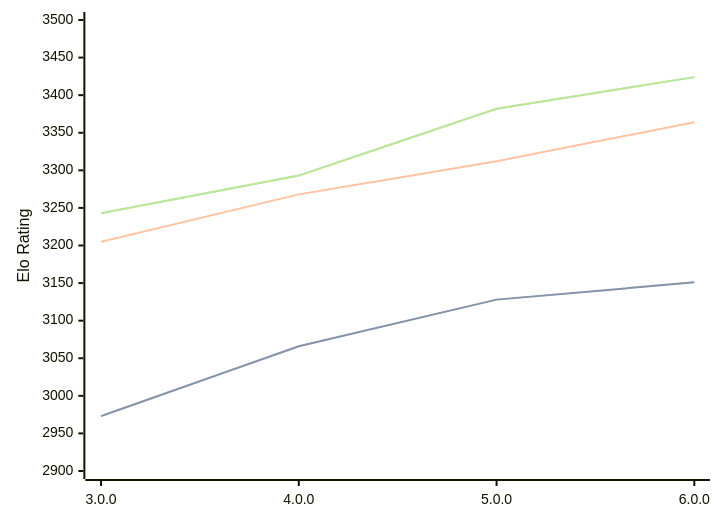
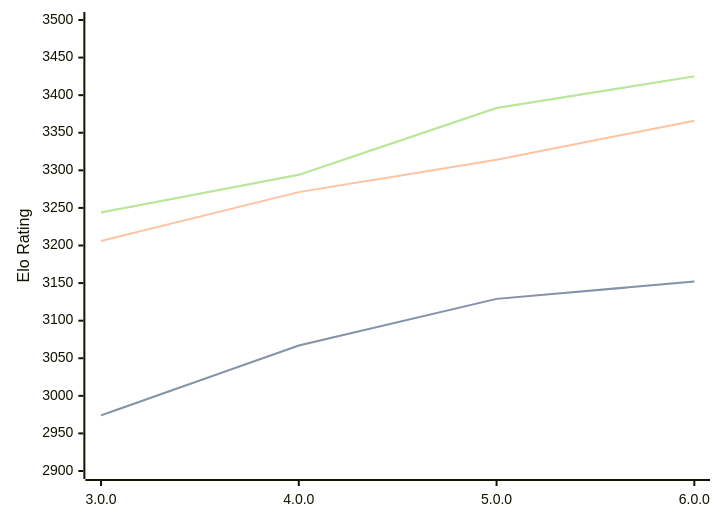
Before and after one commit to computer-chess-index/cci: the diagram in engines/Minke.md, drawn with Mermaid. The commit also changed other lines of this file, not shown here.

Commit message:
Update CCI Ratings (ELO VLTC) - 2026-08-22

````diff
--- a/engines/Minke.md
+++ b/engines/Minke.md
@@ -34,11 +34,11 @@
 ```mermaid
 %%{init: {"theme":"base","themeVariables":{"seriesColors:['#a3a3a3','#222221','#faa371']}}}%%
 xychart-beta
   x-axis ["3.0.0", "4.0.0", "5.0.0", "6.0.0"]
   y-axis "Elo Rating" 2900 --> 3500
-  line "STC (8.0+0.08s)" [2973, 3066, 3128, 3151]
-  line "STC (8.0+0.08s)" [2973, 3066, 3128, 3151]
-  line "LTC (60.0+0.60s)" [3205, 3268, 3312, 3364]
-  line "VLTC (2m24s+1.12s)" [3243, 3293, 3382, 3424]
-  line "VLTC (2m24s+1.12s)" [3243, 3293, 3382, 3424]
+  line "STC (8.0+0.08s)" [2974, 3067, 3129, 3152]
+  line "STC (8.0+0.08s)" [2974, 3067, 3129, 3152]
+  line "LTC (60.0+0.60s)" [3206, 3271, 3314, 3366]
+  line "VLTC (2m24s+1.12s)" [3244, 3294, 3383, 3425]
+  line "VLTC (2m24s+1.12s)" [3244, 3294, 3383, 3425]
 ```
````
